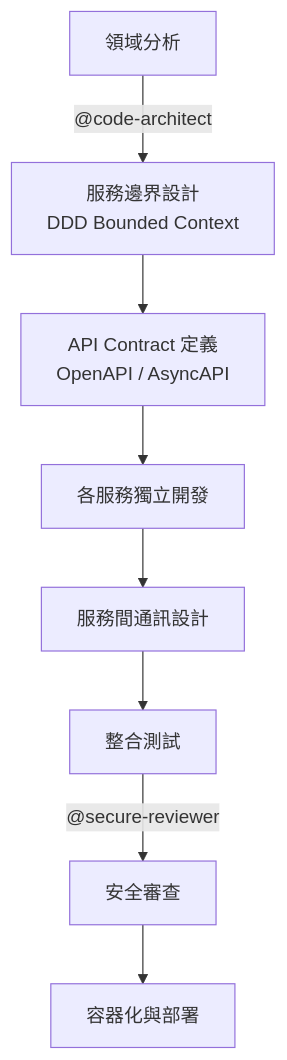
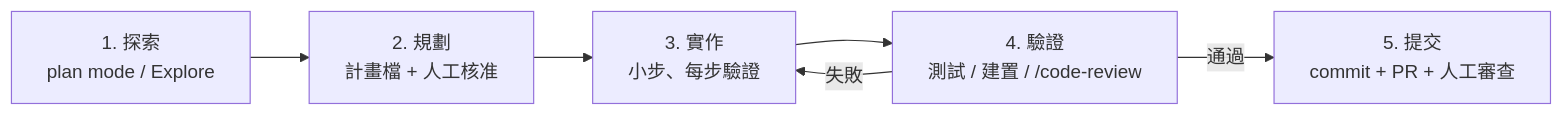
The fifth of 9 diagrams in content/posts/教學/AI開發/claude-howto 教學手冊.md (chihhung/Blog), drawn with Mermaid before and after one commit. The commit also changed other lines of this file and 4 other files, not shown here.

````diff
--- a/content/posts/教學/AI開發/claude-howto 教學手冊.md
+++ b/content/posts/教學/AI開發/claude-howto 教學手冊.md
@@ -1691,10 +4273,8 @@
 ```mermaid
-graph TD
-    A[領域分析] -->|"@code-architect"| B[服務邊界設計<br/>DDD Bounded Context]
-    B --> C[API Contract 定義<br/>OpenAPI / AsyncAPI]
-    C --> D[各服務獨立開發]
-    D --> E[服務間通訊設計]
-    E --> F[整合測試]
-    F -->|"@secure-reviewer"| G[安全審查]
-    G --> H[容器化與部署]
+flowchart LR
+    E[1. 探索<br/>plan mode / Explore] --> P[2. 規劃<br/>計畫檔 + 人工核准]
+    P --> I[3. 實作<br/>小步、每步驗證]
+    I --> V[4. 驗證<br/>測試 / 建置 / /code-review]
+    V -->|失敗| I
+    V -->|通過| C[5. 提交<br/>commit + PR + 人工審查]
 ```
````
